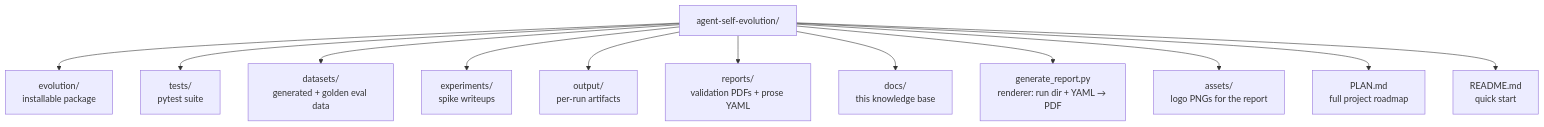
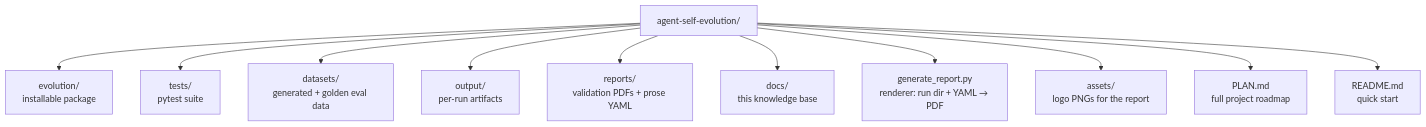
Before and after one commit to NousResearch/hermes-agent-self-evolution: the diagram in docs/codebase_info.md, drawn with Mermaid. The commit also changed 10 other files, not shown here.

````diff
--- a/docs/codebase_info.md
+++ b/docs/codebase_info.md
@@ -20,14 +20,13 @@
 ```mermaid
 graph TD
     A[agent-self-evolution/] --> B[evolution/<br/>installable package]
     A --> C[tests/<br/>pytest suite]
     A --> D[datasets/<br/>generated + golden eval data]
-    A --> E[experiments/<br/>spike writeups]
     A --> F[output/<br/>per-run artifacts]
     A --> G[reports/<br/>validation PDFs + prose YAML]
     A --> H[docs/<br/>this knowledge base]
     A --> I[generate_report.py<br/>renderer: run dir + YAML → PDF]
     A --> L[assets/<br/>logo PNGs for the report]
     A --> J[PLAN.md<br/>full project roadmap]
     A --> K[README.md<br/>quick start]
 ```
````
